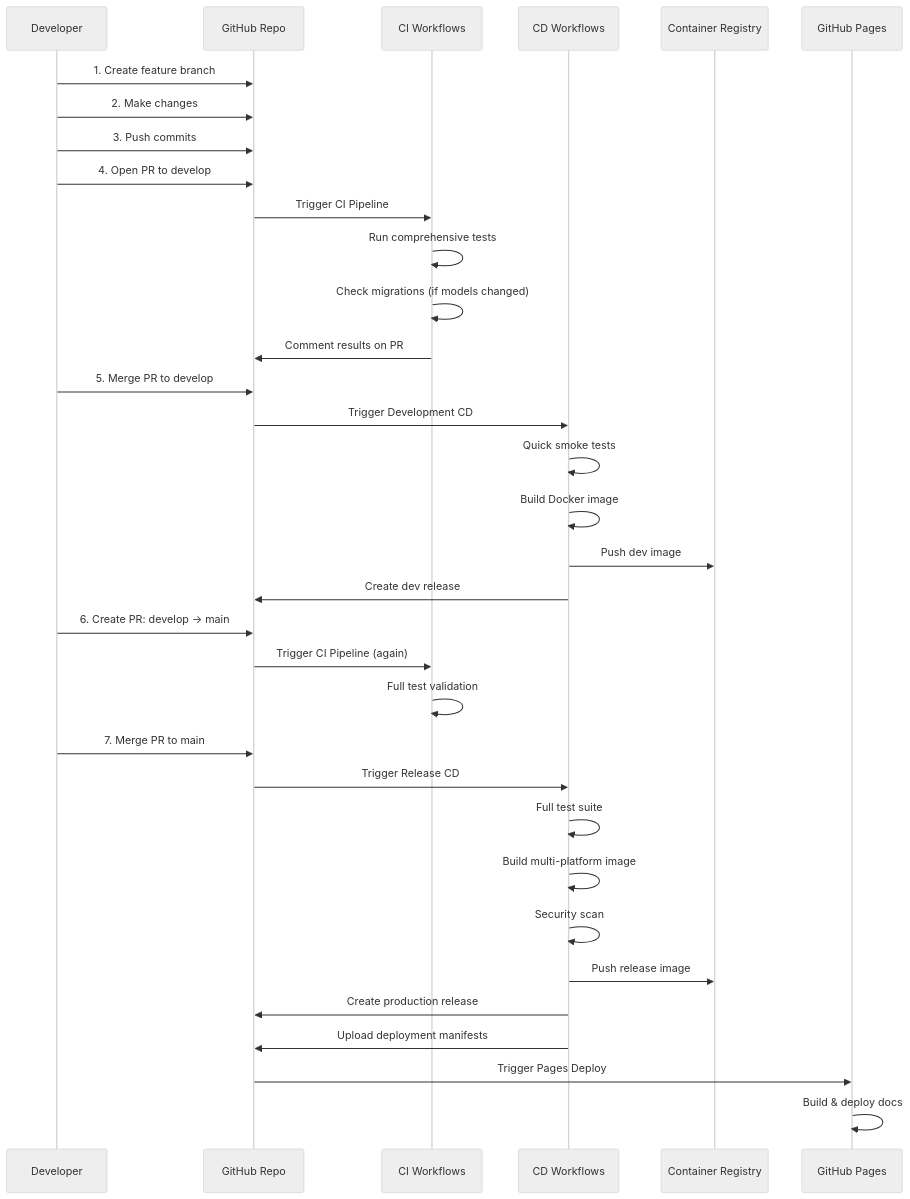
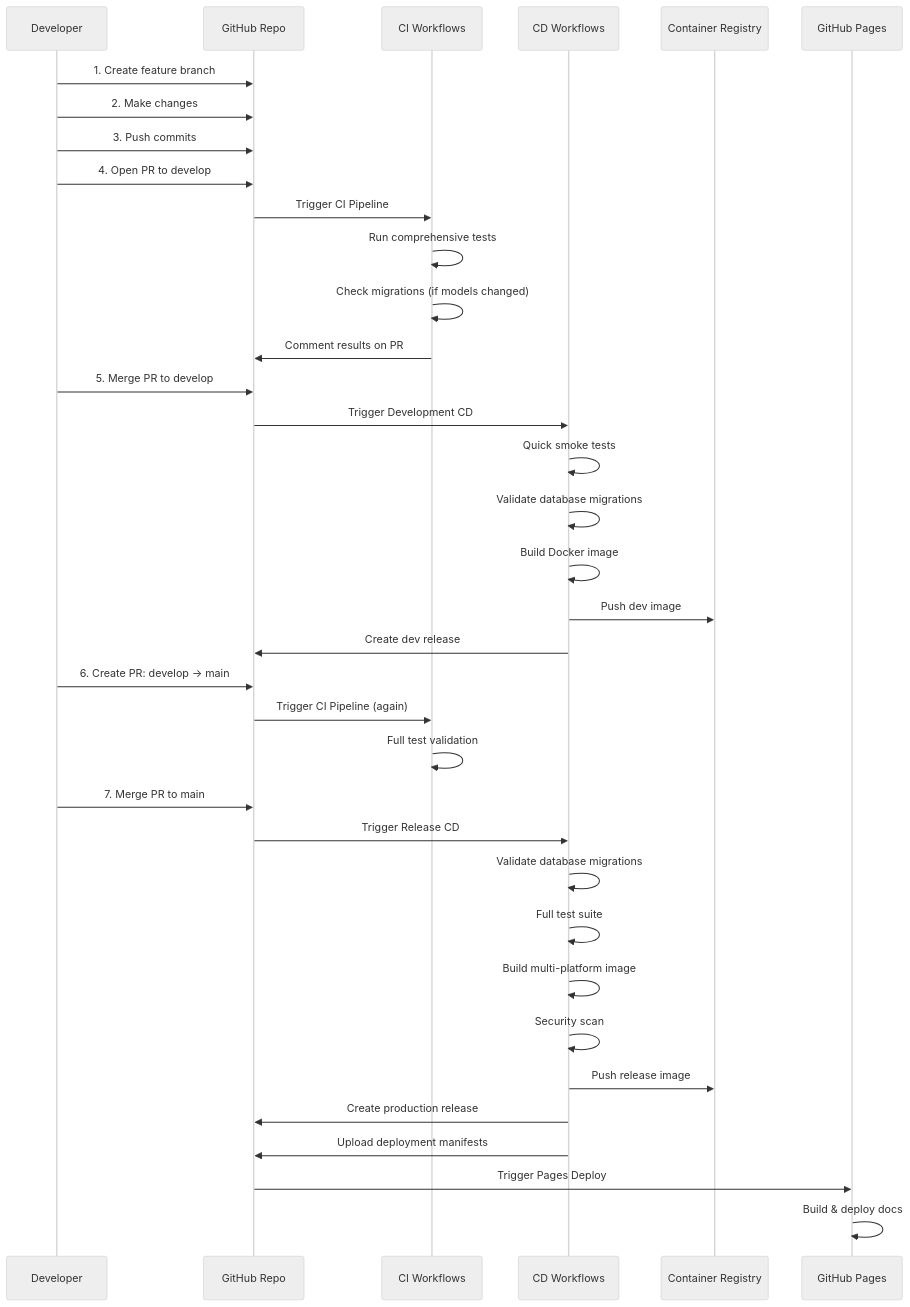
The seventh of 7 diagrams in CI_CD_WORKFLOW_ARCHITECTURE.md (Proximate-Company/DRYTRIX-TimeTracker), drawn with Mermaid (neutral theme) before and after one commit. The commit also changed other lines of this file and 42 other files, not shown here.

````diff
--- a/CI_CD_WORKFLOW_ARCHITECTURE.md
+++ b/CI_CD_WORKFLOW_ARCHITECTURE.md
@@ -517,45 +520,47 @@
 ```mermaid
 sequenceDiagram
     participant Dev as Developer
     participant Repo as GitHub Repo
     participant CI as CI Workflows
     participant CD as CD Workflows
     participant GHCR as Container Registry
     participant Pages as GitHub Pages
     
     Dev->>Repo: 1. Create feature branch
     Dev->>Repo: 2. Make changes
     Dev->>Repo: 3. Push commits
     Dev->>Repo: 4. Open PR to develop
     
     Repo->>CI: Trigger CI Pipeline
     CI->>CI: Run comprehensive tests
     CI->>CI: Check migrations (if models changed)
     CI->>Repo: Comment results on PR
     
     Dev->>Repo: 5. Merge PR to develop
     
     Repo->>CD: Trigger Development CD
     CD->>CD: Quick smoke tests
+    CD->>CD: Validate database migrations
     CD->>CD: Build Docker image
     CD->>GHCR: Push dev image
     CD->>Repo: Create dev release
     
     Dev->>Repo: 6. Create PR: develop → main
     
     Repo->>CI: Trigger CI Pipeline (again)
     CI->>CI: Full test validation
     
     Dev->>Repo: 7. Merge PR to main
     
     Repo->>CD: Trigger Release CD
+    CD->>CD: Validate database migrations
     CD->>CD: Full test suite
     CD->>CD: Build multi-platform image
     CD->>CD: Security scan
     CD->>GHCR: Push release image
     CD->>Repo: Create production release
     CD->>Repo: Upload deployment manifests
     
     Repo->>Pages: Trigger Pages Deploy
     Pages->>Pages: Build & deploy docs
 ```
````
